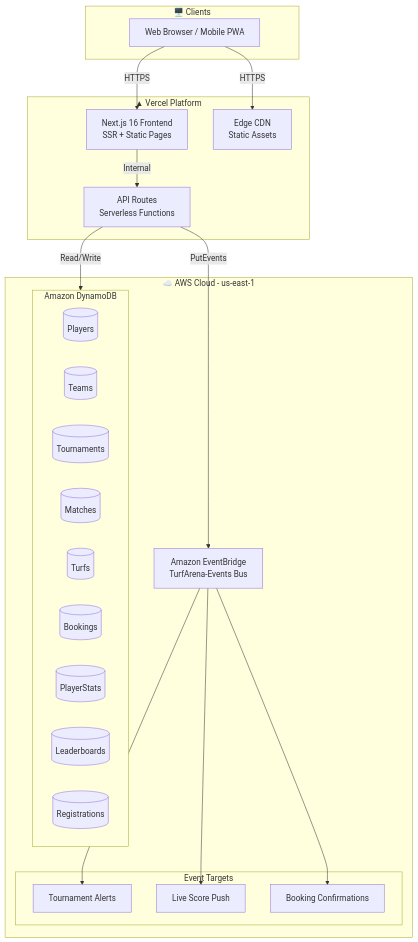
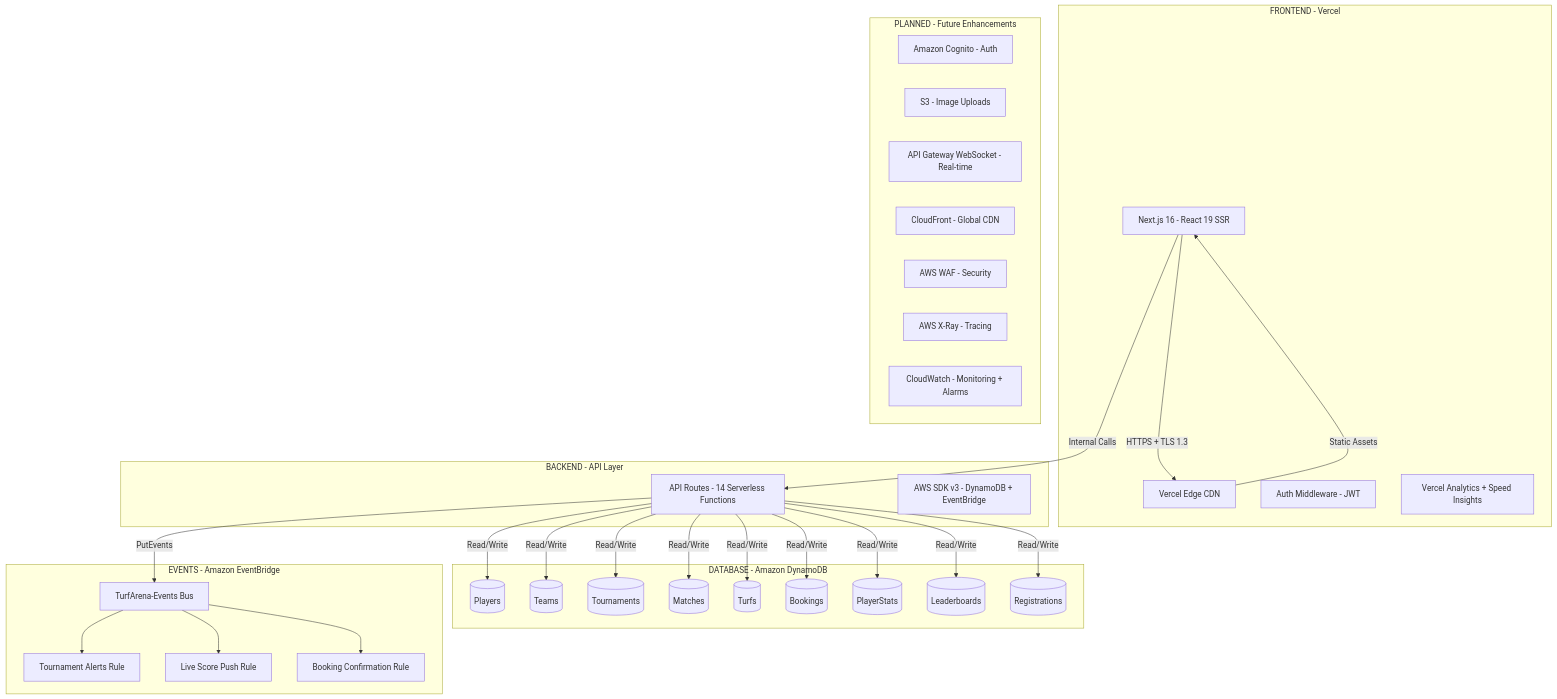
One commit to dineshrajdhanapathyDD/TurfArena changed the first of 10 diagrams in README.md. Above: the diagram before and after it, drawn with Mermaid. The commit also changed other lines of this file and 1 other file, not shown here.

````diff
--- a/README.md
+++ b/README.md
@@ -64,39 +66,60 @@
 ```mermaid
-graph TB
-    subgraph Clients["🖥️ Clients"]
-        B[Web Browser / Mobile PWA]
+graph TD
+    subgraph Frontend["FRONTEND - Vercel"]
+        UI[Next.js 16 - React 19 SSR]
+        CDN[Vercel Edge CDN]
+        MW[Auth Middleware - JWT]
+        AN[Vercel Analytics + Speed Insights]
     end
 
-    subgraph Vercel["▲ Vercel Platform"]
-        FE[Next.js 16 Frontend<br/>SSR + Static Pages]
-        API[API Routes<br/>Serverless Functions]
-        CDN[Edge CDN<br/>Static Assets]
+    subgraph Backend["BACKEND - API Layer"]
+        API[API Routes - 14 Serverless Functions]
+        SDK[AWS SDK v3 - DynamoDB + EventBridge]
     end
 
-    subgraph AWS["☁️ AWS Cloud - us-east-1"]
-        subgraph Database["Amazon DynamoDB"]
-            T1[(Players)]
-            T2[(Teams)]
-            T3[(Tournaments)]
-            T4[(Matches)]
-            T5[(Turfs)]
-            T6[(Bookings)]
-            T7[(PlayerStats)]
-            T8[(Leaderboards)]
-            T9[(Registrations)]
-        end
-        EB[Amazon EventBridge<br/>TurfArena-Events Bus]
-        subgraph Notifications["Event Targets"]
-            N1[Tournament Alerts]
-            N2[Live Score Push]
-            N3[Booking Confirmations]
-        end
+    subgraph Database["DATABASE - Amazon DynamoDB"]
+        T1[(Players)]
+        T2[(Teams)]
+        T3[(Tournaments)]
+        T4[(Matches)]
+        T5[(Turfs)]
+        T6[(Bookings)]
+        T7[(PlayerStats)]
+        T8[(Leaderboards)]
+        T9[(Registrations)]
     end
 
-    B -->|HTTPS| FE
-    B -->|HTTPS| CDN
-    FE -->|Internal| API
-    API -->|Read/Write| Database
+    subgraph Events["EVENTS - Amazon EventBridge"]
+        EB[TurfArena-Events Bus]
+        R1[Tournament Alerts Rule]
+        R2[Live Score Push Rule]
+        R3[Booking Confirmation Rule]
+    end
+
+    subgraph Future["PLANNED - Future Enhancements"]
+        COG[Amazon Cognito - Auth]
+        S3[S3 - Image Uploads]
+        WS[API Gateway WebSocket - Real-time]
+        CF[CloudFront - Global CDN]
+        WAF[AWS WAF - Security]
+        XR[AWS X-Ray - Tracing]
+        CW[CloudWatch - Monitoring + Alarms]
+    end
+
+    UI -->|HTTPS + TLS 1.3| CDN
+    CDN -->|Static Assets| UI
+    UI -->|Internal Calls| API
+    API -->|Read/Write| T1
+    API -->|Read/Write| T2
+    API -->|Read/Write| T3
+    API -->|Read/Write| T4
+    API -->|Read/Write| T5
+    API -->|Read/Write| T6
+    API -->|Read/Write| T7
+    API -->|Read/Write| T8
+    API -->|Read/Write| T9
     API -->|PutEvents| EB
-    EB --> N1 & N2 & N3
+    EB --> R1
+    EB --> R2
+    EB --> R3
 ```
````
